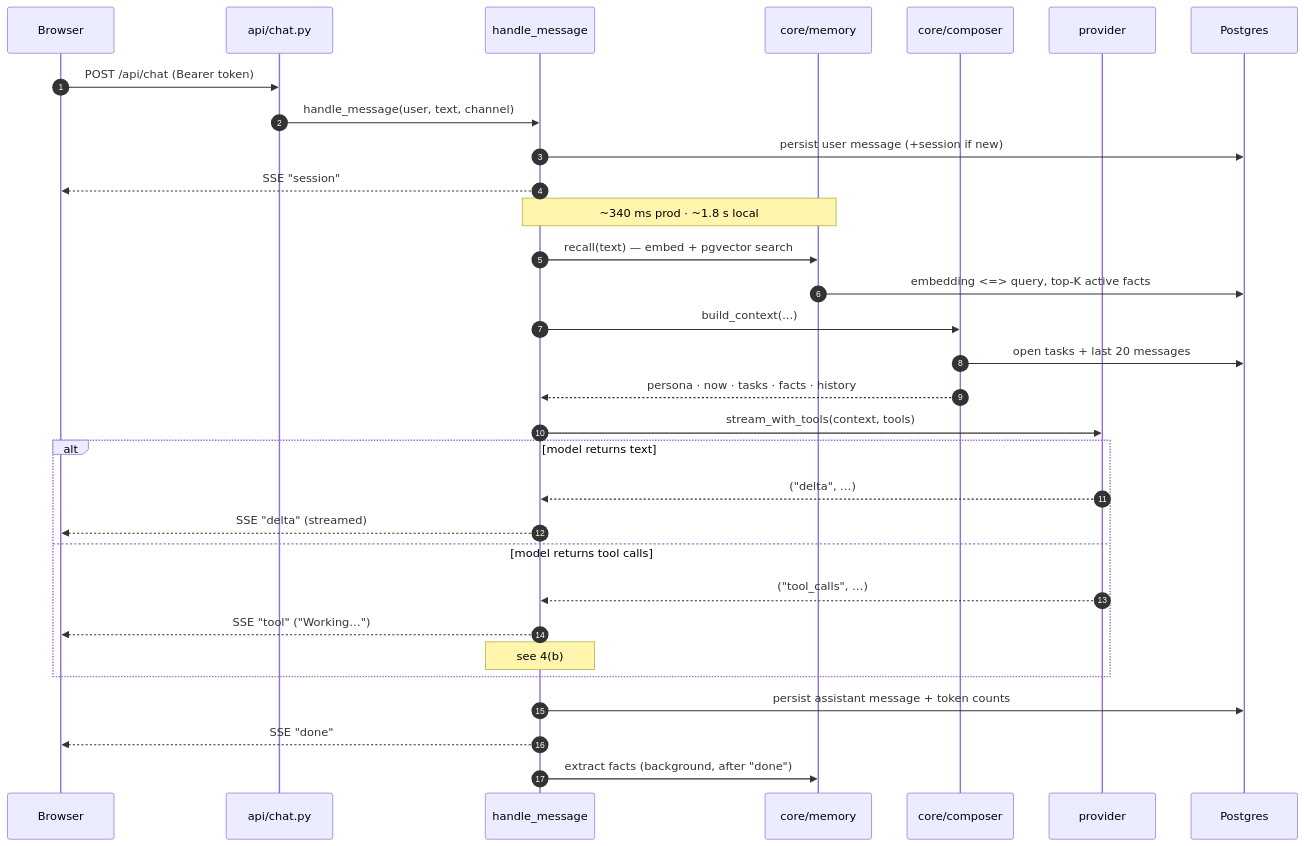
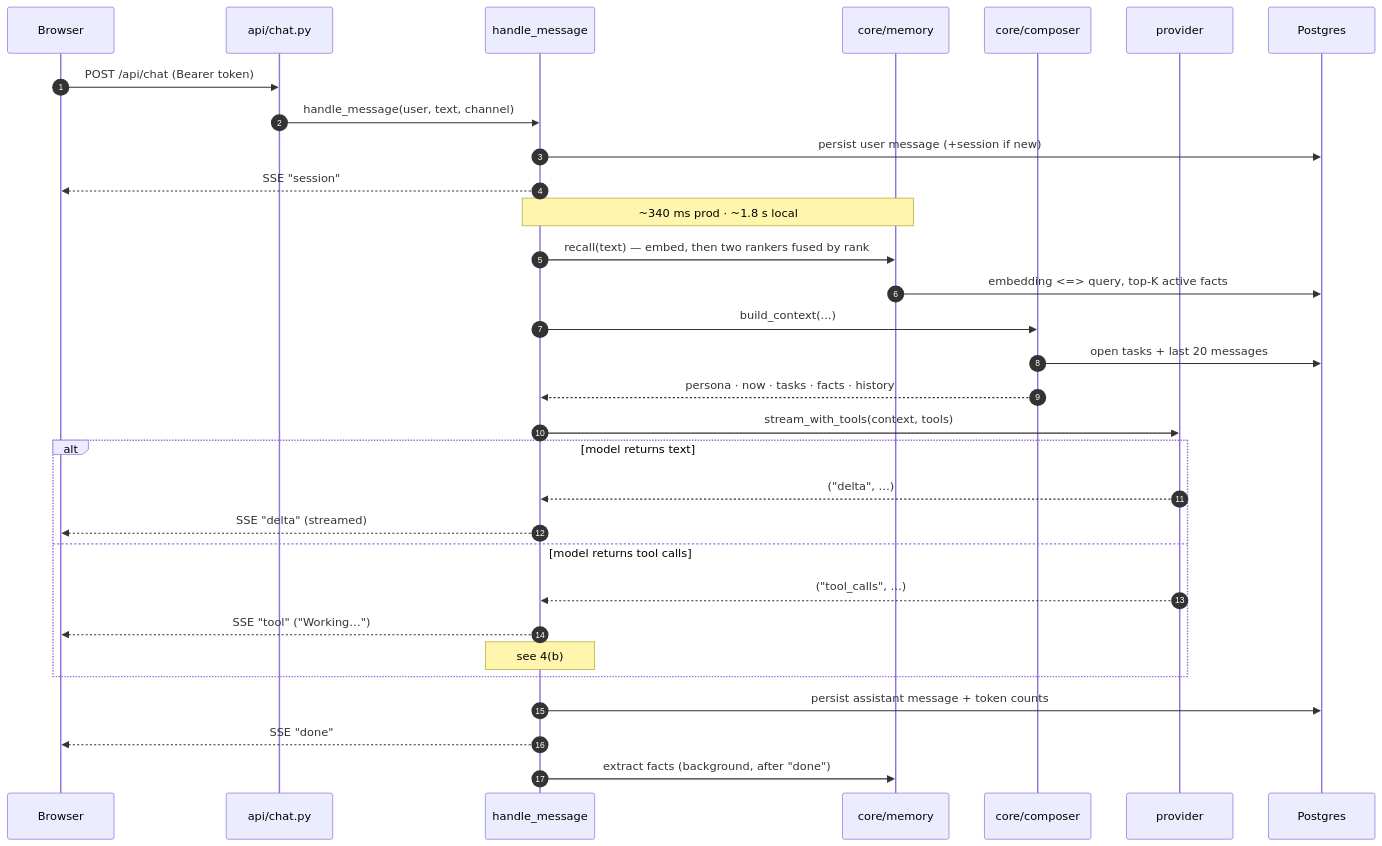
One commit to narendra632/aceroai changed the second of 8 diagrams in docs/ARCHITECTURE.md. Above: the diagram before and after it, drawn with Mermaid. The commit also changed other lines of this file and 51 other files, not shown here.

````diff
--- a/docs/ARCHITECTURE.md
+++ b/docs/ARCHITECTURE.md
@@ -165,34 +166,34 @@
 ```mermaid
 sequenceDiagram
     autonumber
     participant U as Browser
     participant R as api/chat.py
     participant H as handle_message
     participant M as core/memory
     participant C as core/composer
     participant P as provider
     participant D as Postgres
 
     U->>R: POST /api/chat (Bearer token)
     R->>H: handle_message(user, text, channel)
     H->>D: persist user message (+session if new)
     H-->>U: SSE "session"
     Note over H,M: ~340 ms prod · ~1.8 s local
-    H->>M: recall(text) — embed + pgvector search
+    H->>M: recall(text) — embed, then two rankers fused by rank
     M->>D: embedding <=> query, top-K active facts
     H->>C: build_context(...)
     C->>D: open tasks + last 20 messages
     C-->>H: persona · now · tasks · facts · history
     H->>P: stream_with_tools(context, tools)
     alt model returns text
         P-->>H: ("delta", …)
         H-->>U: SSE "delta" (streamed)
     else model returns tool calls
         P-->>H: ("tool_calls", …)
         H-->>U: SSE "tool" ("Working…")
         Note over H: see 4(b)
     end
     H->>D: persist assistant message + token counts
     H-->>U: SSE "done"
     H->>M: extract facts (background, after "done")
 ```
````
